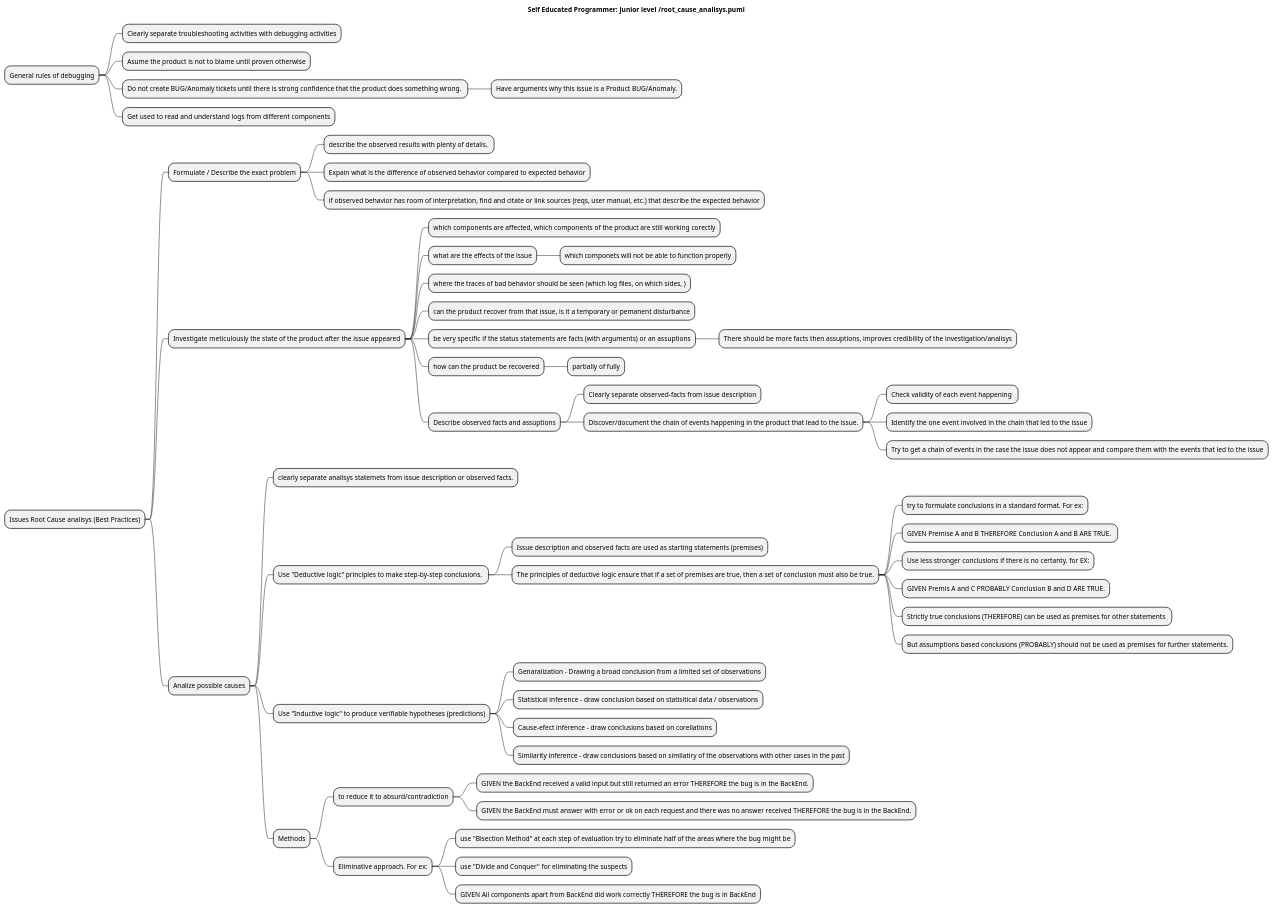
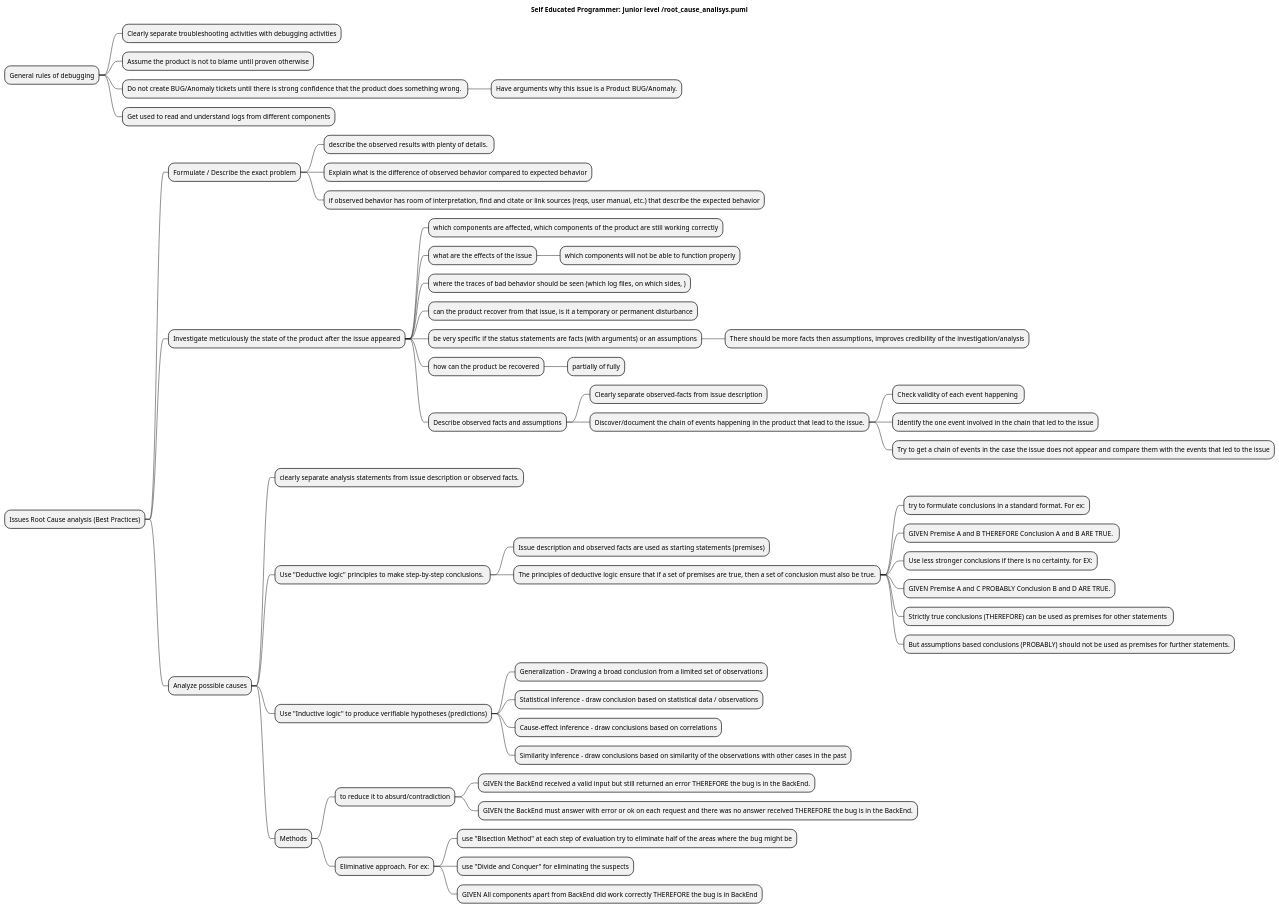
The diagram in src/testing_root_cause_lookup.puml (SmartSoftDev/self_educated_software_programmer_path), drawn with PlantUML before and after one commit. The commit also changed 14 other files, not shown here.

```diff
--- a/src/testing_root_cause_lookup.puml
+++ b/src/testing_root_cause_lookup.puml
@@ -1,57 +1,57 @@
 @startmindmap
 title Self Educated Programmer: Junior level /root_cause_analisys.puml
 
 * General rules of debugging
 ** Clearly separate troubleshooting activities with debugging activities
-** Asume the product is not to blame until proven otherwise
+** Assume the product is not to blame until proven otherwise
 ** Do not create BUG/Anomaly tickets until there is strong confidence that the product does something wrong. 
 *** Have arguments why this issue is a Product BUG/Anomaly.
 ** Get used to read and understand logs from different components
 
-* Issues Root Cause analisys (Best Practices)
+* Issues Root Cause analysis (Best Practices)
 ** Formulate / Describe the exact problem
 *** describe the observed results with plenty of details. 
-*** Expain what is the difference of observed behavior compared to expected behavior
+*** Explain what is the difference of observed behavior compared to expected behavior
 *** if observed behavior has room of interpretation, find and citate or link sources (reqs, user manual, etc.) that describe the expected behavior
 ** Investigate meticulously the state of the product after the issue appeared
-*** which components are affected, which components of the product are still working corectly
+*** which components are affected, which components of the product are still working correctly
 *** what are the effects of the issue
-**** which componets will not be able to function properly
+**** which components will not be able to function properly
 *** where the traces of bad behavior should be seen (which log files, on which sides, )
-*** can the product recover from that issue, is it a temporary or pemanent disturbance
-*** be very specific if the status statements are facts (with arguments) or an assuptions
-**** There should be more facts then assuptions, improves credibility of the investigation/analisys
+*** can the product recover from that issue, is it a temporary or permanent disturbance
+*** be very specific if the status statements are facts (with arguments) or an assumptions
+**** There should be more facts then assumptions, improves credibility of the investigation/analysis
 *** how can the product be recovered
 **** partially of fully
-*** Describe observed facts and assuptions
+*** Describe observed facts and assumptions
 **** Clearly separate observed-facts from issue description
 **** Discover/document the chain of events happening in the product that lead to the issue.
 ***** Check validity of each event happening 
 ***** Identify the one event involved in the chain that led to the issue
 ***** Try to get a chain of events in the case the issue does not appear and compare them with the events that led to the issue
-** Analize possible causes
-*** clearly separate analisys statemets from issue description or observed facts.
+** Analyze possible causes
+*** clearly separate analysis statements from issue description or observed facts.
 *** Use "Deductive logic" principles to make step-by-step conclusions. 
 **** Issue description and observed facts are used as starting statements (premises)
 **** The principles of deductive logic ensure that if a set of premises are true, then a set of conclusion must also be true.
 ***** try to formulate conclusions in a standard format. For ex:
 ***** GIVEN Premise A and B THEREFORE Conclusion A and B ARE TRUE. 
-***** Use less stronger conclusions if there is no certanty. for EX:
-***** GIVEN Premis A and C PROBABLY Conclusion B and D ARE TRUE.
+***** Use less stronger conclusions if there is no certainty. for EX:
+***** GIVEN Premise A and C PROBABLY Conclusion B and D ARE TRUE.
 ***** Strictly true conclusions (THEREFORE) can be used as premises for other statements 
 ***** But assumptions based conclusions (PROBABLY) should not be used as premises for further statements.
 *** Use "Inductive logic" to produce verifiable hypotheses (predictions)
-**** Genaralization - Drawing a broad conclusion from a limited set of observations
-**** Statistical inference - draw conclusion based on statisitical data / observations
-**** Cause-efect inference - draw conclusions based on corellations
-**** Similarity inference - draw conclusions based on similatiry of the observations with other cases in the past
+**** Generalization - Drawing a broad conclusion from a limited set of observations
+**** Statistical inference - draw conclusion based on statistical data / observations
+**** Cause-effect inference - draw conclusions based on correlations
+**** Similarity inference - draw conclusions based on similarity of the observations with other cases in the past
 *** Methods
 **** to reduce it to absurd/contradiction
 ***** GIVEN the BackEnd received a valid input but still returned an error THEREFORE the bug is in the BackEnd.
 ***** GIVEN the BackEnd must answer with error or ok on each request and there was no answer received THEREFORE the bug is in the BackEnd.
 **** Eliminative approach. For ex:
 ***** use "Bisection Method" at each step of evaluation try to eliminate half of the areas where the bug might be
 ***** use "Divide and Conquer" for eliminating the suspects
 ***** GIVEN All components apart from BackEnd did work correctly THEREFORE the bug is in BackEnd
 
 @endmindmap
```
